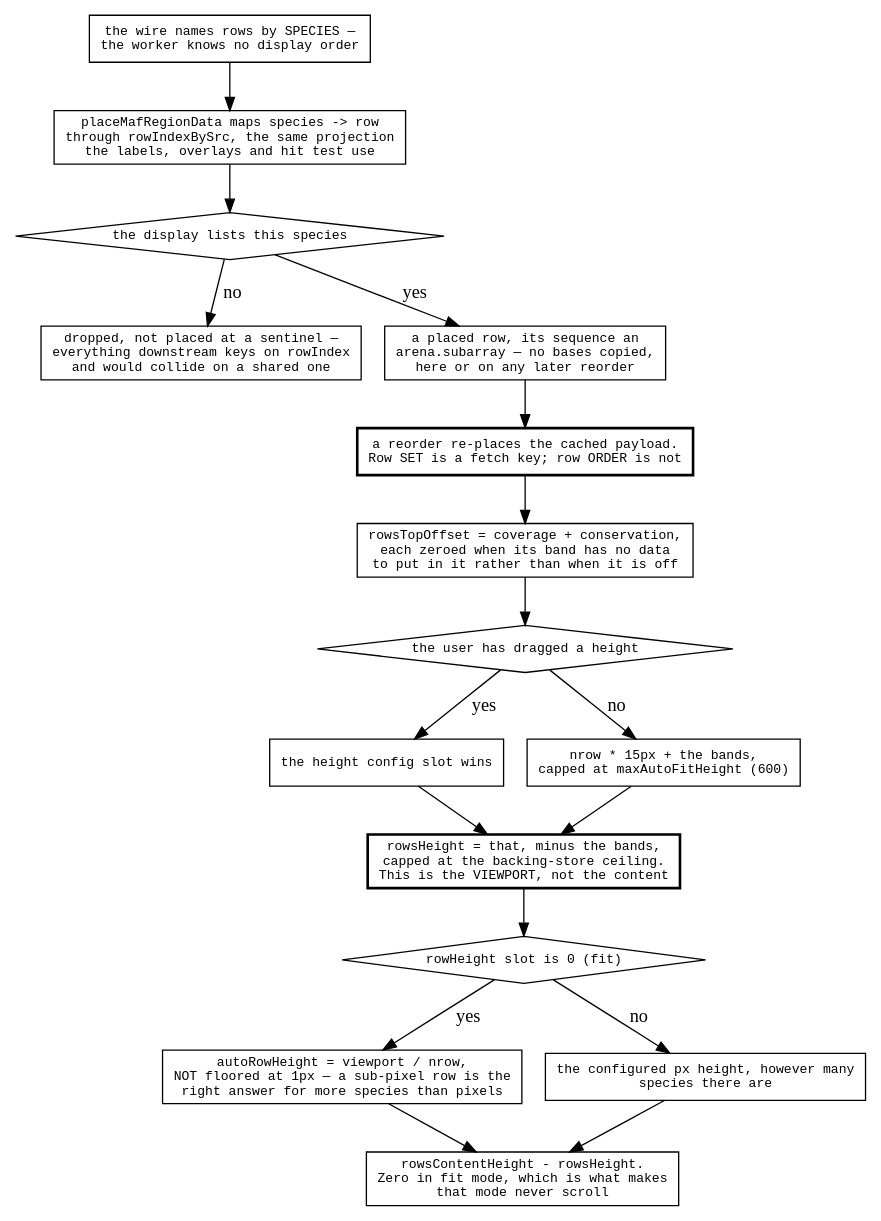
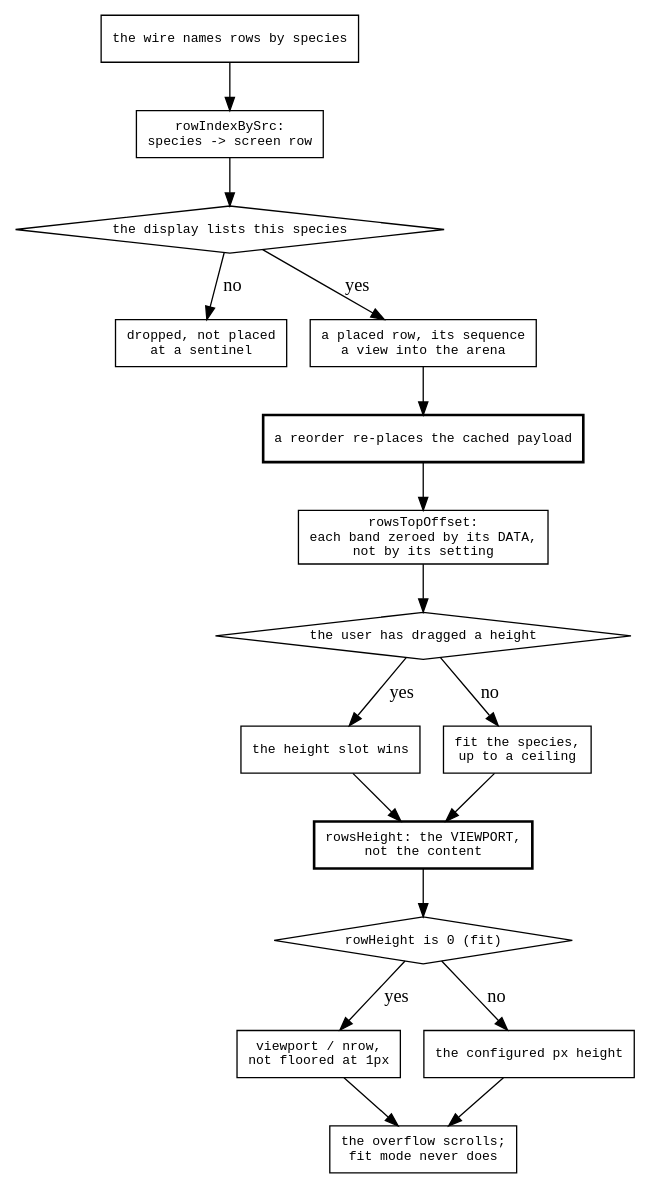
Before and after one commit to GMOD/jbrowse-components: the diagram in agent-docs/mechanisms/diagrams/maf-layout.dot, drawn with Graphviz. The commit also changed 16 other files, not shown here.

First line of the commit message:
docs: state the maf and hi-c maps against the naive version instead of the code

```diff
--- a/agent-docs/mechanisms/diagrams/maf-layout.dot
+++ b/agent-docs/mechanisms/diagrams/maf-layout.dot
@@ -1,41 +1,41 @@
 digraph maf_layout {
   rankdir=TB
   node [shape=box fontname=monospace fontsize=10]
   { node [shape=diamond] drawn; dragged; fits }
 
-  wire [label="the wire names rows by SPECIES —\nthe worker knows no display order"]
-  place [label="placeMafRegionData maps species -> row\nthrough rowIndexBySrc, the same projection\nthe labels, overlays and hit test use"]
+  wire [label="the wire names rows by species"]
+  place [label="rowIndexBySrc:\nspecies -> screen row"]
   wire -> place
   drawn [label="the display lists this species"]
   place -> drawn
   drawn -> dropped [label=" no"]
   drawn -> row     [label=" yes"]
-  dropped [label="dropped, not placed at a sentinel —\neverything downstream keys on rowIndex\nand would collide on a shared one"]
-  row [label="a placed row, its sequence an\narena.subarray — no bases copied,\nhere or on any later reorder"]
+  dropped [label="dropped, not placed\nat a sentinel"]
+  row [label="a placed row, its sequence\na view into the arena"]
 
-  reorder [label="a reorder re-places the cached payload.\nRow SET is a fetch key; row ORDER is not", style=bold]
+  reorder [label="a reorder re-places the cached payload", style=bold]
   row -> reorder
 
-  bands [label="rowsTopOffset = coverage + conservation,\neach zeroed when its band has no data\nto put in it rather than when it is off"]
+  bands [label="rowsTopOffset:\neach band zeroed by its DATA,\nnot by its setting"]
   reorder -> bands
 
   dragged [label="the user has dragged a height"]
   bands -> dragged
   dragged -> fixedH [label=" yes"]
   dragged -> autoH  [label=" no"]
-  fixedH [label="the height config slot wins"]
-  autoH [label="nrow * 15px + the bands,\ncapped at maxAutoFitHeight (600)"]
+  fixedH [label="the height slot wins"]
+  autoH [label="fit the species,\nup to a ceiling"]
 
-  viewport [label="rowsHeight = that, minus the bands,\ncapped at the backing-store ceiling.\nThis is the VIEWPORT, not the content", style=bold]
+  viewport [label="rowsHeight: the VIEWPORT,\nnot the content", style=bold]
   fixedH -> viewport  autoH -> viewport
 
-  fits [label="rowHeight slot is 0 (fit)"]
+  fits [label="rowHeight is 0 (fit)"]
   viewport -> fits
   fits -> split [label=" yes"]
   fits -> stack [label=" no"]
-  split [label="autoRowHeight = viewport / nrow,\nNOT floored at 1px — a sub-pixel row is the\nright answer for more species than pixels"]
-  stack [label="the configured px height, however many\nspecies there are"]
+  split [label="viewport / nrow,\nnot floored at 1px"]
+  stack [label="the configured px height"]
 
-  scroll [label="rowsContentHeight - rowsHeight.\nZero in fit mode, which is what makes\nthat mode never scroll"]
+  scroll [label="the overflow scrolls;\nfit mode never does"]
   split -> scroll  stack -> scroll
 }
```
